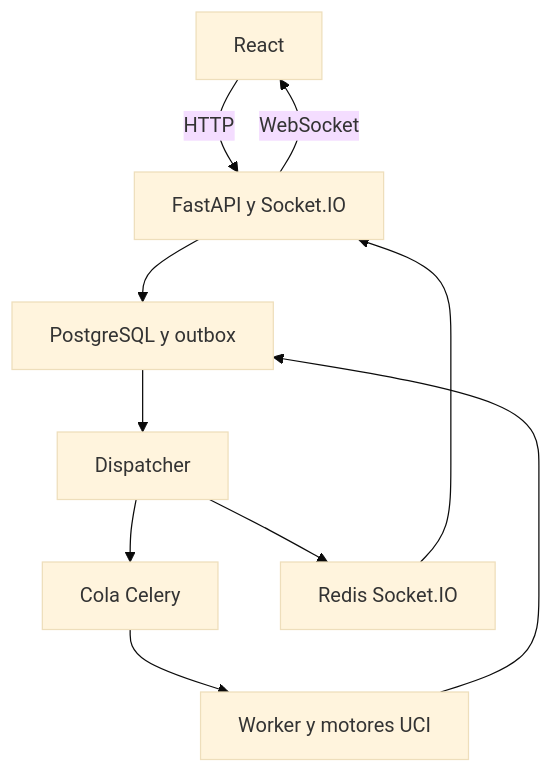
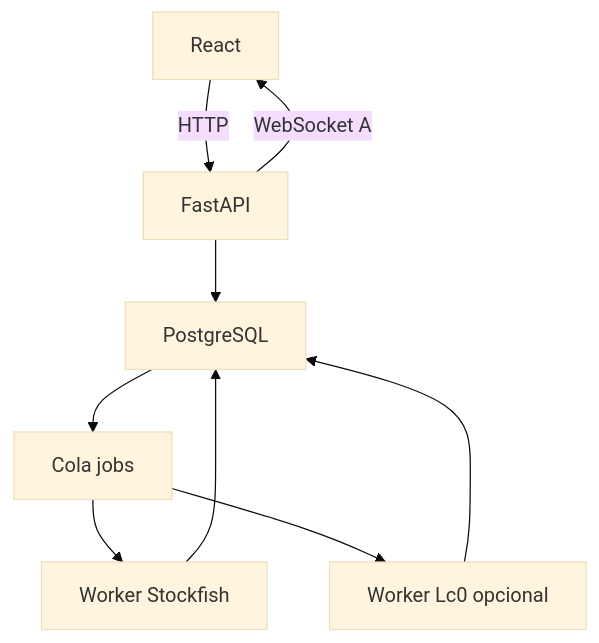
One commit to cmessoftware/chessinsightai changed the diagram in docs/ai_chess_coach/spec_analisis_profundo_unificado.md. Above: the diagram before and after it, drawn with Mermaid (base theme). The commit also changed other lines of this file and 30 other files, not shown here.

````diff
--- a/docs/ai_chess_coach/spec_analisis_profundo_unificado.md
+++ b/docs/ai_chess_coach/spec_analisis_profundo_unificado.md
@@ -64,12 +36,11 @@
 ```mermaid
 flowchart TD
-  UI["React"] -->|HTTP| API["FastAPI y Socket.IO"]
-  API --> DB["PostgreSQL y outbox"]
-  DB --> D["Dispatcher"]
-  D --> Q["Cola Celery"]
-  Q --> W["Worker y motores UCI"]
-  W --> DB
-  D --> R["Redis Socket.IO"]
-  R --> API
-  API -->|WebSocket| UI
+  UI["React"] -->|HTTP| API["FastAPI"]
+  API --> DB["PostgreSQL"]
+  DB --> Q["Cola jobs"]
+  Q --> WS["Worker Stockfish"]
+  Q --> WL["Worker Lc0 opcional"]
+  WS --> DB
+  WL --> DB
+  API -->|WebSocket A| UI
 ```
````
